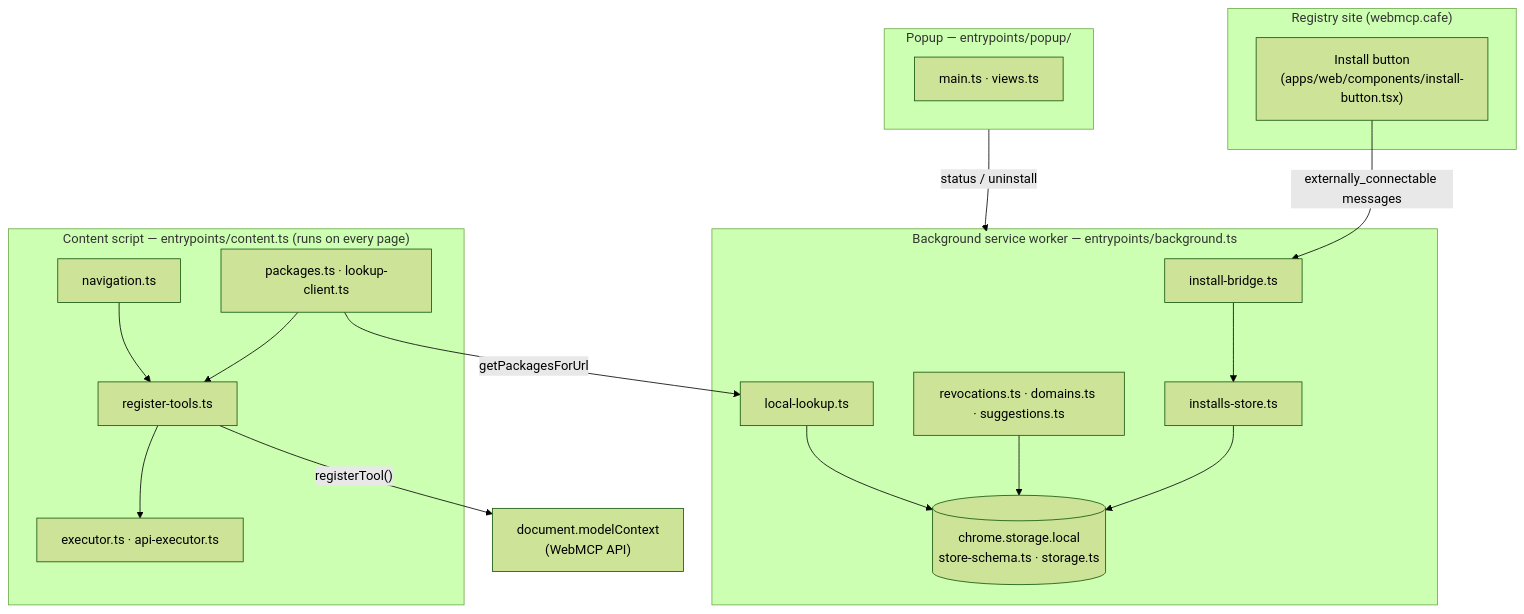
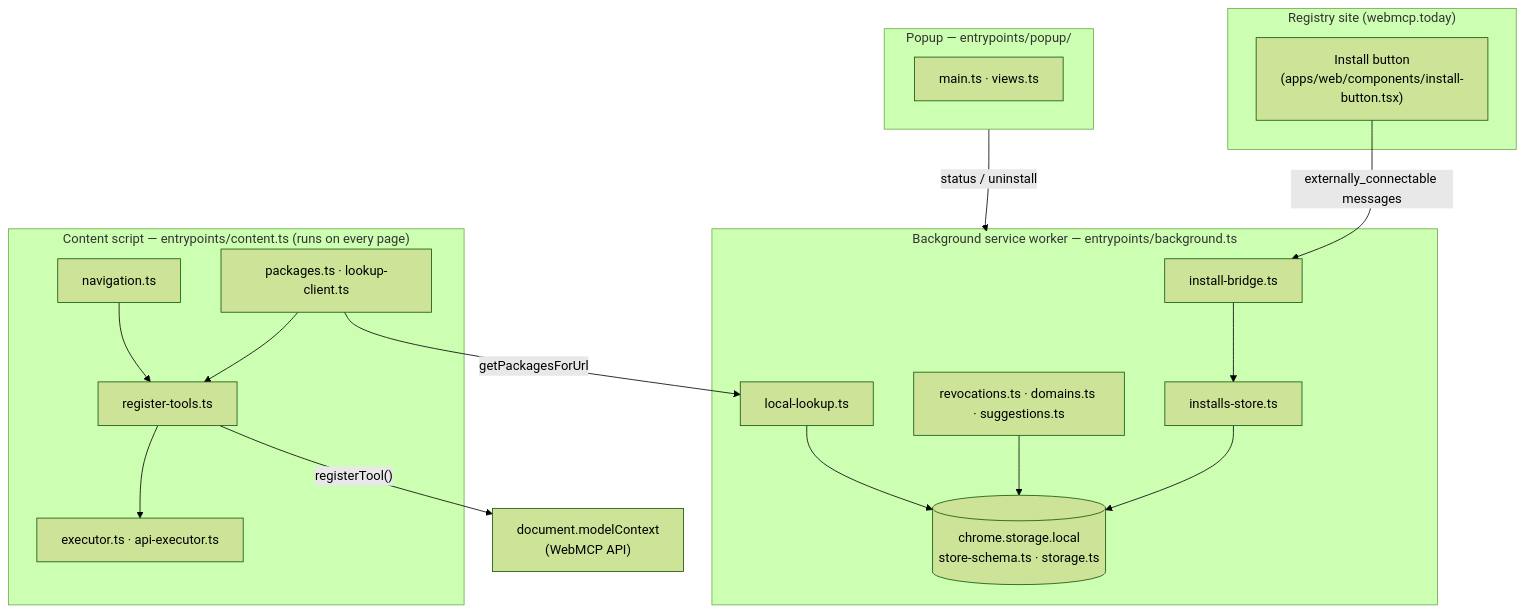
One commit to robertn702/webmcp-today changed the first of 5 diagrams in apps/extension/ARCHITECTURE.md. Above: the diagram before and after it, drawn with Mermaid (forest theme). The commit also changed other lines of this file and 103 other files, not shown here.

First line of the commit message:
chore: rename project webmcp.cafe -> webmcp.today

````diff
--- a/apps/extension/ARCHITECTURE.md
+++ b/apps/extension/ARCHITECTURE.md
@@ -15,36 +15,36 @@
 ```mermaid
 flowchart TB
-    subgraph Site["Registry site (webmcp.cafe)"]
+    subgraph Site["Registry site (webmcp.today)"]
         UI["Install button<br/>(apps/web/components/install-button.tsx)"]
     end
 
     subgraph BG["Background service worker — entrypoints/background.ts"]
         BRIDGE["install-bridge.ts"]
         LOOKUP["local-lookup.ts"]
         POLLS["revocations.ts · domains.ts · suggestions.ts"]
         STORE["installs-store.ts"]
         ST[("chrome.storage.local<br/>store-schema.ts · storage.ts")]
         BRIDGE --> STORE --> ST
         POLLS --> ST
         LOOKUP --> ST
     end
 
     subgraph CS["Content script — entrypoints/content.ts (runs on every page)"]
         PKG["packages.ts · lookup-client.ts"]
         REG["register-tools.ts"]
         NAV["navigation.ts"]
         EXEC["executor.ts · api-executor.ts"]
         PKG --> REG
         NAV --> REG
         REG --> EXEC
     end
 
     subgraph POP["Popup — entrypoints/popup/"]
         VIEWS["main.ts · views.ts"]
     end
 
     UI -- "externally_connectable messages" --> BRIDGE
     PKG -- "getPackagesForUrl" --> LOOKUP
     POP -- "status / uninstall" --> BG
     REG -- "registerTool()" --> MC["document.modelContext<br/>(WebMCP API)"]
 ```
````
